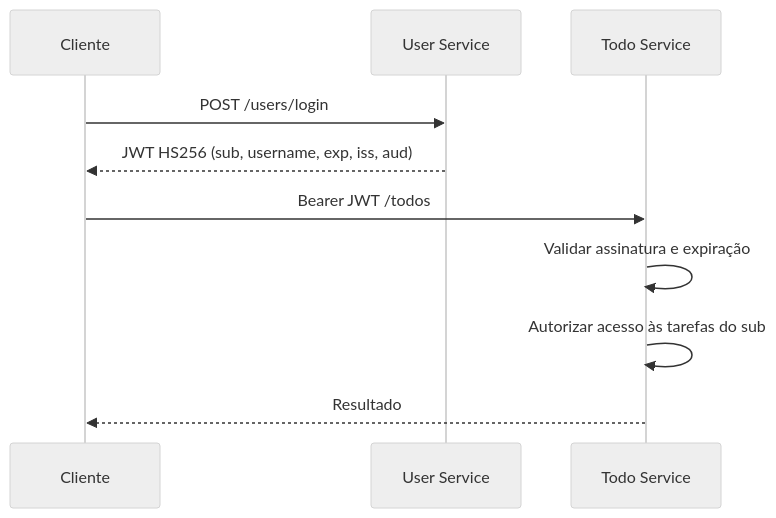
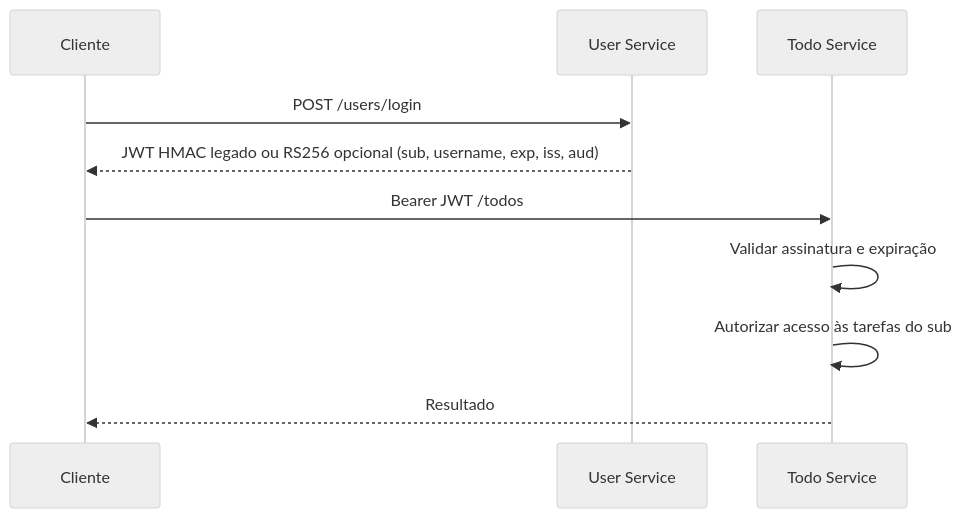
One commit to danmaciel/monorepo_sistema_todo_com_microservices changed the diagram in docs/JWT_SECURITY.md. Above: the diagram before and after it, drawn with Mermaid (neutral theme). The commit also changed other lines of this file, not shown here.

````diff
--- a/docs/JWT_SECURITY.md
+++ b/docs/JWT_SECURITY.md
@@ -35,12 +35,12 @@
 ```mermaid
 sequenceDiagram
     participant C as Cliente
     participant U as User Service
     participant T as Todo Service
     C->>U: POST /users/login
-    U-->>C: JWT HS256 (sub, username, exp, iss, aud)
+    U-->>C: JWT HMAC legado ou RS256 opcional (sub, username, exp, iss, aud)
     C->>T: Bearer JWT /todos
     T->>T: Validar assinatura e expiração
     T->>T: Autorizar acesso às tarefas do sub
     T-->>C: Resultado
 ```
````
